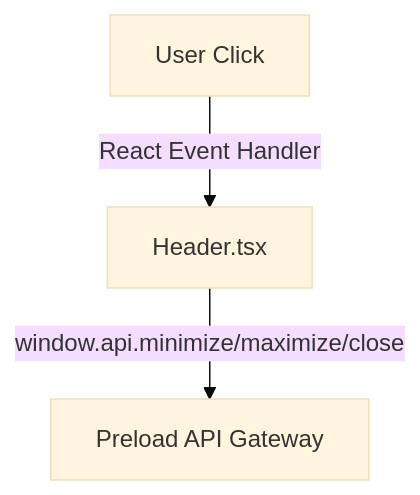
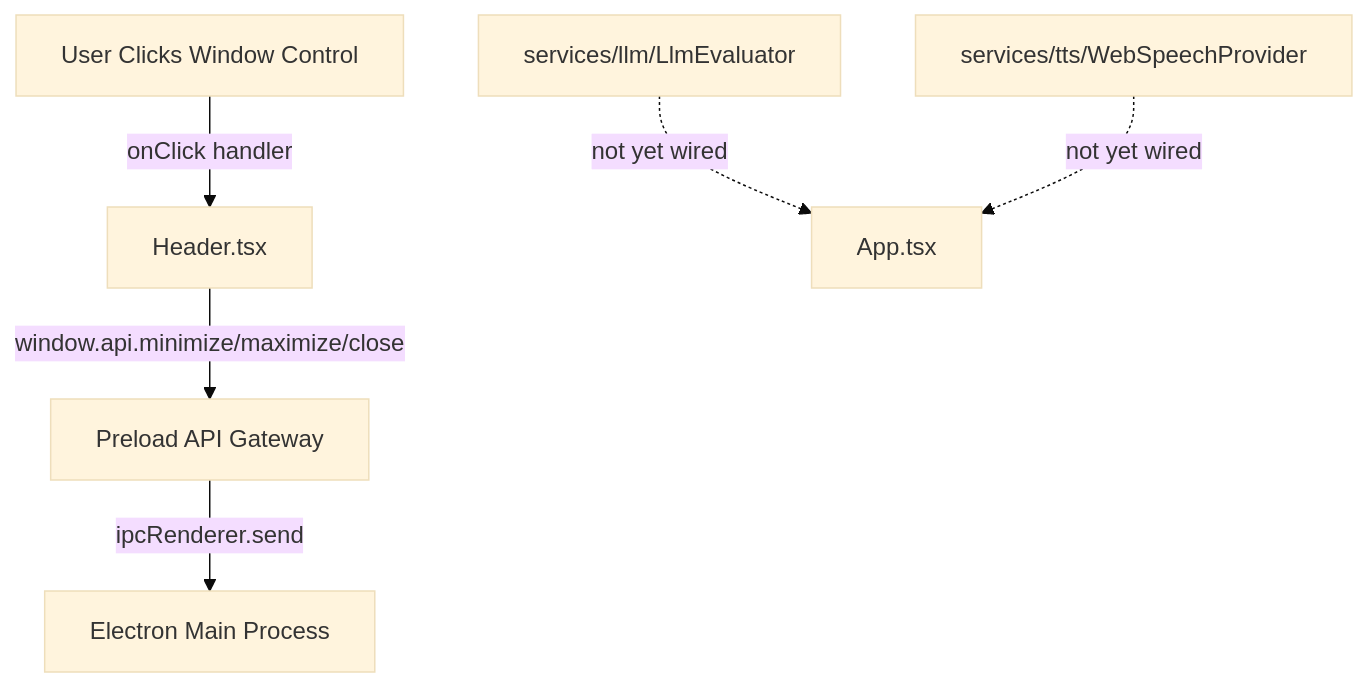
The diagram in src/renderer/CONTEXT.md (Masterslayer7/FocusSentinel), drawn with Mermaid (base theme) before and after one commit. The commit also changed other lines of this file and 4 other files, not shown here.

````diff
--- a/src/renderer/CONTEXT.md
+++ b/src/renderer/CONTEXT.md
@@ -17,5 +25,9 @@
 ```mermaid
 graph TD
-    User[User Click] -->|React Event Handler| Header[Header.tsx]
+    User[User Clicks Window Control] -->|onClick handler| Header[Header.tsx]
     Header -->|window.api.minimize/maximize/close| Preload[Preload API Gateway]
+    Preload -->|ipcRenderer.send| Main[Electron Main Process]
+
+    LLM[services/llm/LlmEvaluator] -.not yet wired.-> App[App.tsx]
+    TTS[services/tts/WebSpeechProvider] -.not yet wired.-> App
 ```
````
